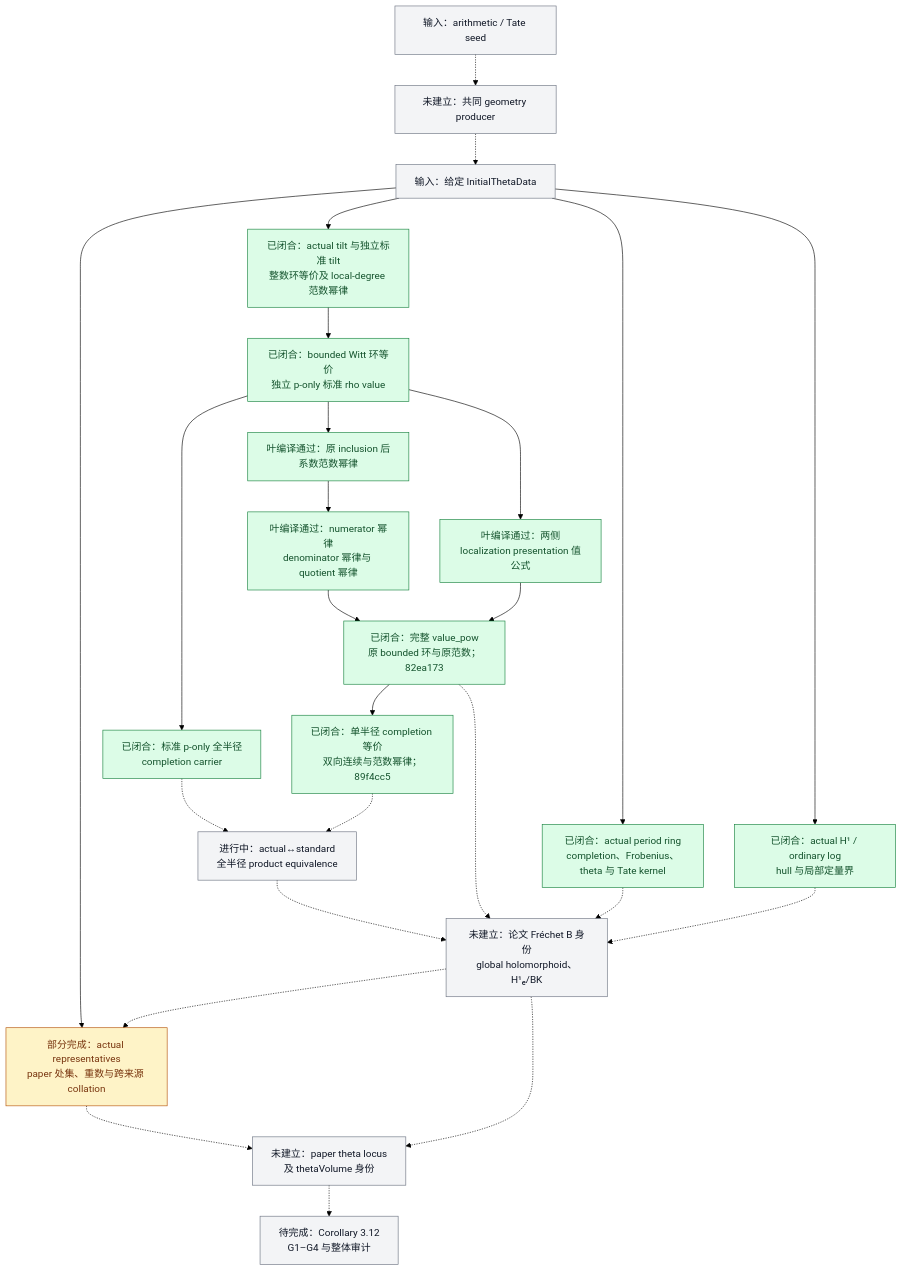
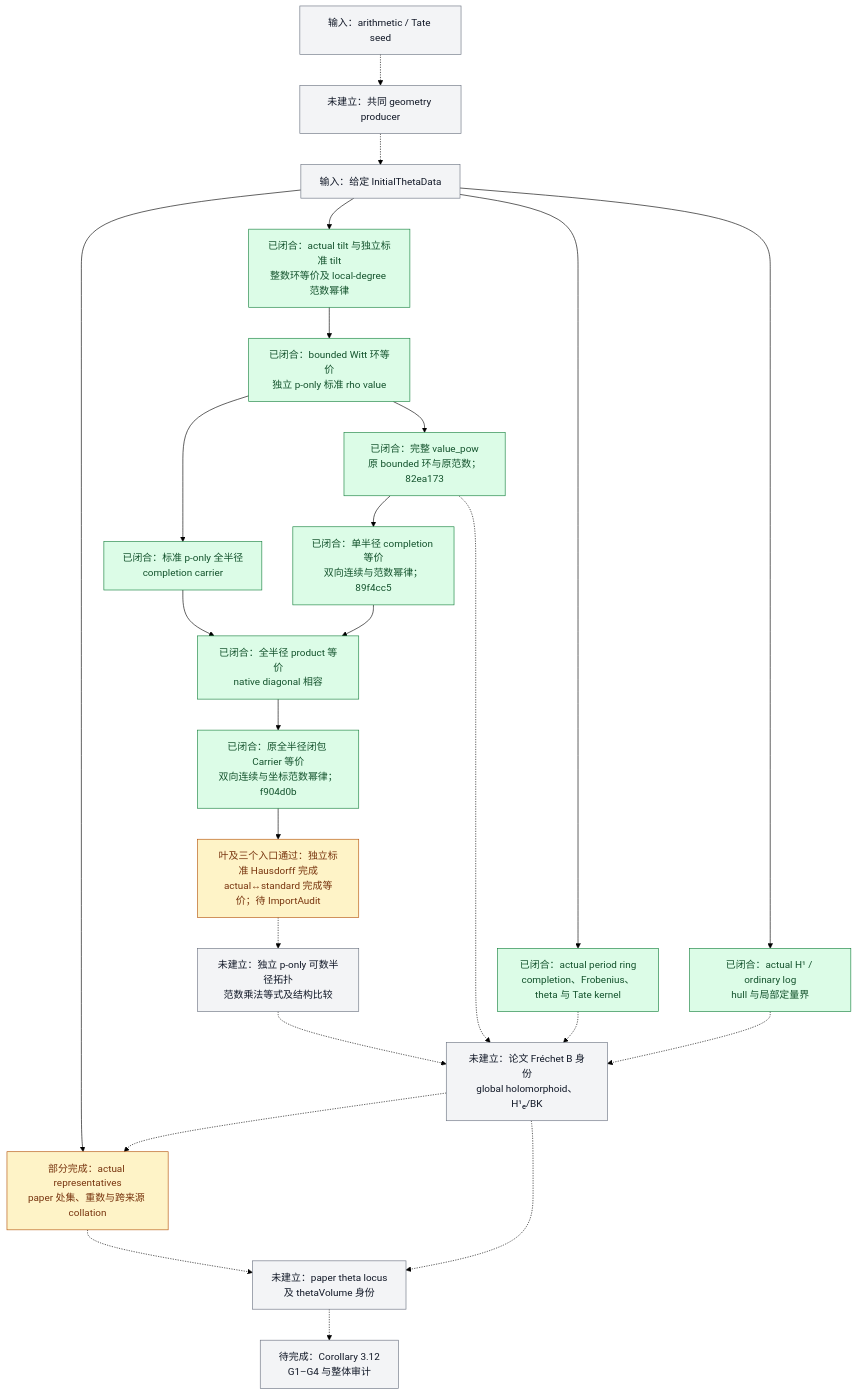
One commit to Ember-Institute/KirtiJoshi-abc changed the diagram in docs/Scene1进度总览.md. Above: the diagram before and after it, drawn with Mermaid (forest theme). The commit also changed other lines of this file, not shown here.

````diff
--- a/docs/Scene1进度总览.md
+++ b/docs/Scene1进度总览.md
@@ -66,53 +68,52 @@
 ```mermaid
 flowchart TD
     S["输入：arithmetic / Tate seed"]
     P["未建立：共同 geometry producer"]
     D["输入：给定 InitialThetaData"]
     T["已闭合：actual tilt 与独立标准 tilt<br/>整数环等价及 local-degree 范数幂律"]
     E["已闭合：bounded Witt 环等价<br/>独立 p-only 标准 rho value"]
     W["已闭合：标准 p-only 全半径<br/>completion carrier"]
-    O["叶编译通过：原 inclusion 后<br/>系数范数幂律"]
-    N["叶编译通过：numerator 幂律<br/>denominator 幂律与 quotient 幂律"]
-    A["叶编译通过：两侧<br/>localization presentation 值公式"]
     V["已闭合：完整 value_pow<br/>原 bounded 环与原范数；82ea173"]
     Q["已闭合：单半径 completion 等价<br/>双向连续与范数幂律；89f4cc5"]
-    U["进行中：actual↔standard<br/>全半径 product equivalence"]
+    U["已闭合：全半径 product 等价<br/>native diagonal 相容"]
+    A["已闭合：原全半径闭包 Carrier 等价<br/>双向连续与坐标范数幂律；f904d0b"]
+    C0["叶及三个入口通过：独立标准 Hausdorff 完成<br/>actual↔standard 完成等价；待 ImportAudit"]
+    M["未建立：独立 p-only 可数半径拓扑<br/>范数乘法等式及结构比较"]
     F["已闭合：actual period ring<br/>completion、Frobenius、theta 与 Tate kernel"]
     H["已闭合：actual H¹ / ordinary log<br/>hull 与局部定量界"]
     B["未建立：论文 Fréchet B 身份<br/>global holomorphoid、H¹ₑ/BK"]
     R["部分完成：actual representatives<br/>paper 处集、重数与跨来源 collation"]
     L["未建立：paper theta locus<br/>及 thetaVolume 身份"]
     C["待完成：Corollary 3.12<br/>G1–G4 与整体审计"]
 
     S -.-> P
     P -.-> D
     D --> T
     T --> E
-    E --> O
     E --> W
-    O --> N
-    E --> A
-    N --> V
-    A --> V
+    E --> V
     V --> Q
-    W -.-> U
-    Q -.-> U
-    U -.-> B
+    W --> U
+    Q --> U
+    U --> A
+    A --> C0
+    C0 -.-> M
+    M -.-> B
     D --> F
     D --> H
     V -.-> B
     F -.-> B
     H -.-> B
     D --> R
     B -.-> R
     R -.-> L
     B -.-> L
     L -.-> C
 
     classDef done fill:#dcfce7,stroke:#15803d,color:#14532d;
     classDef partial fill:#fef3c7,stroke:#b45309,color:#78350f;
     classDef open fill:#f3f4f6,stroke:#6b7280,color:#111827;
-    class T,E,O,W,N,A,V,Q,F,H done;
-    class R partial;
-    class S,D,P,U,B,L,C open;
+    class T,E,W,V,Q,U,A,F,H done;
+    class C0,R partial;
+    class S,D,P,M,B,L,C open;
 ```
````
